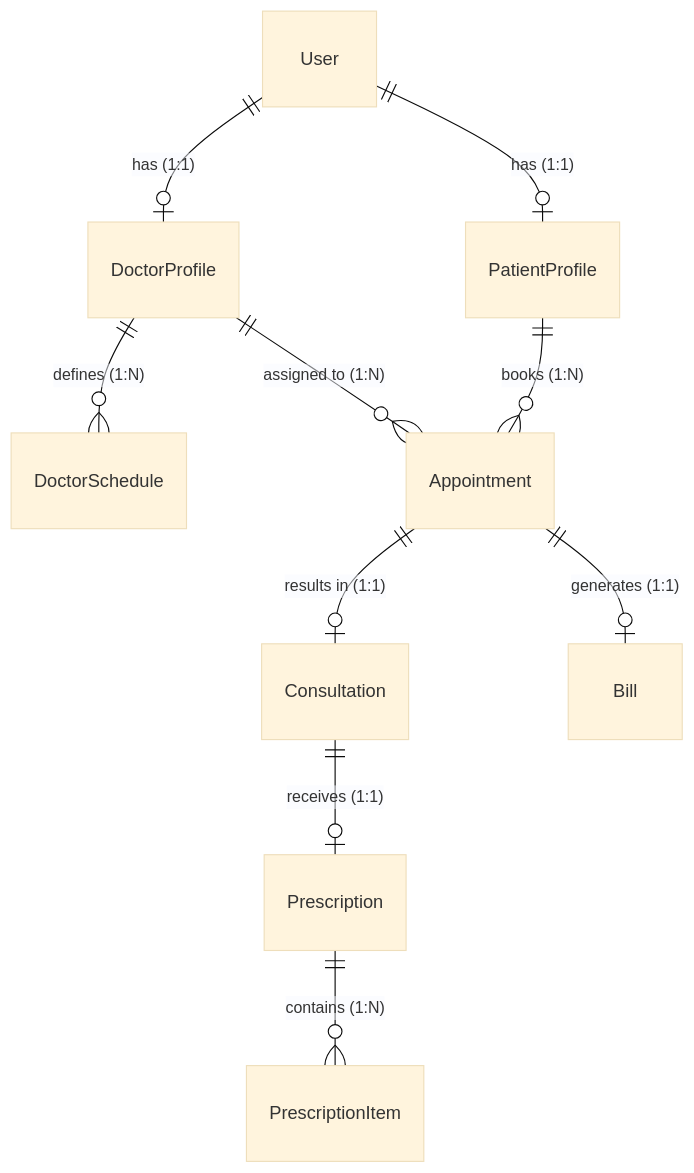
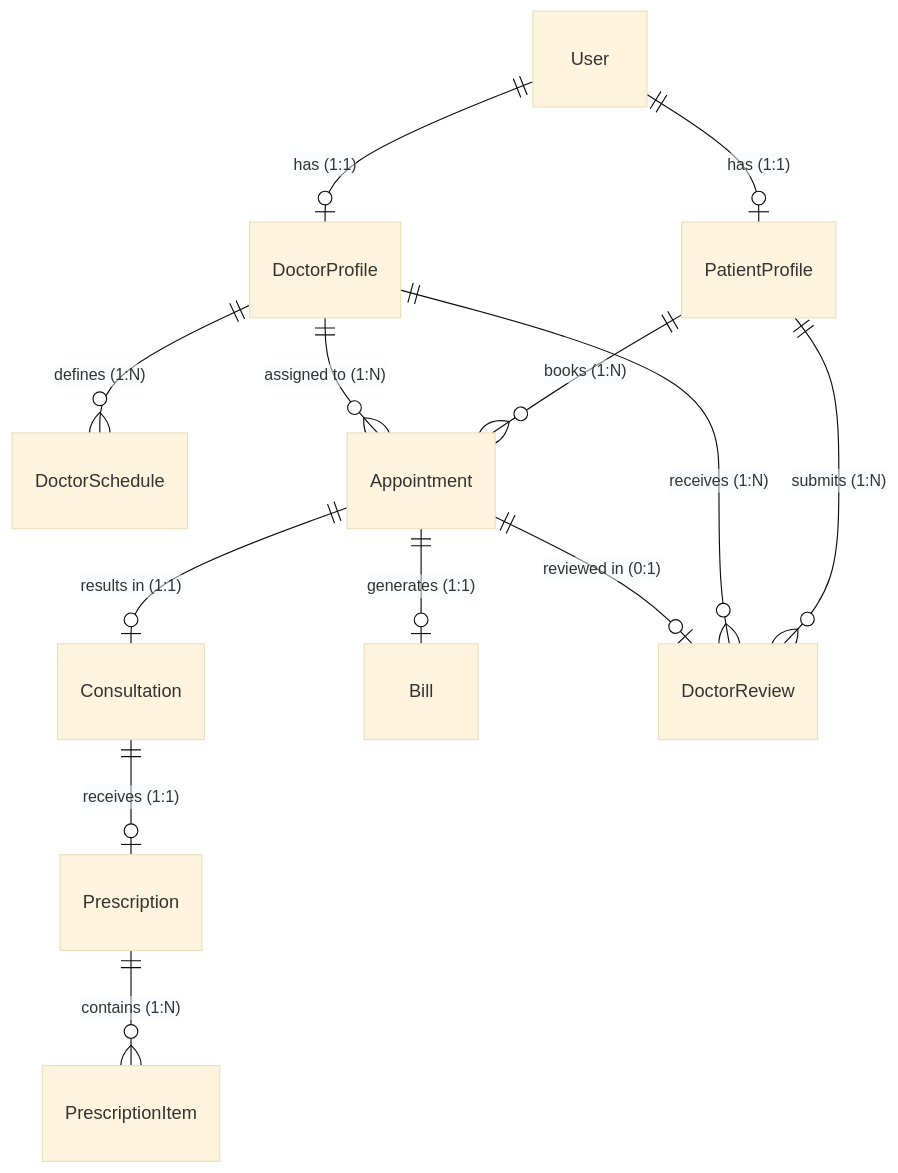
The second of 2 diagrams in README.md (hamzahameed4322/MediFlow), drawn with Mermaid (base theme) before and after one commit. The commit also changed other lines of this file and 128 other files, not shown here.

````diff
--- a/README.md
+++ b/README.md
@@ -146,12 +160,15 @@
 ```mermaid
 erDiagram
     User ||--o| PatientProfile : "has (1:1)"
     User ||--o| DoctorProfile : "has (1:1)"
     DoctorProfile ||--o{ DoctorSchedule : "defines (1:N)"
     PatientProfile ||--o{ Appointment : "books (1:N)"
     DoctorProfile ||--o{ Appointment : "assigned to (1:N)"
     Appointment ||--o| Consultation : "results in (1:1)"
     Appointment ||--o| Bill : "generates (1:1)"
     Consultation ||--o| Prescription : "receives (1:1)"
     Prescription ||--o{ PrescriptionItem : "contains (1:N)"
+    PatientProfile ||--o{ DoctorReview : "submits (1:N)"
+    DoctorProfile ||--o{ DoctorReview : "receives (1:N)"
+    Appointment ||--o| DoctorReview : "reviewed in (0:1)"
 ```
````
